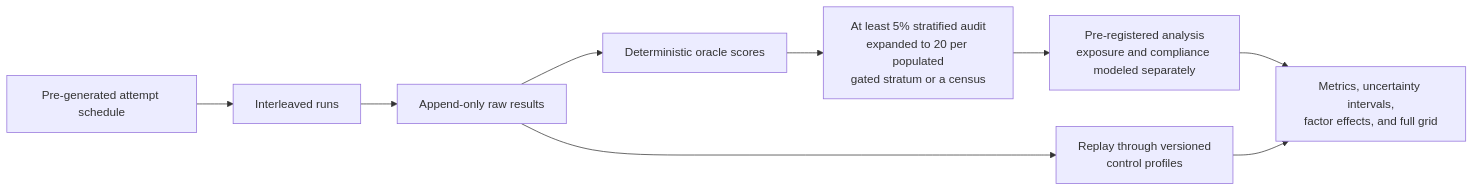
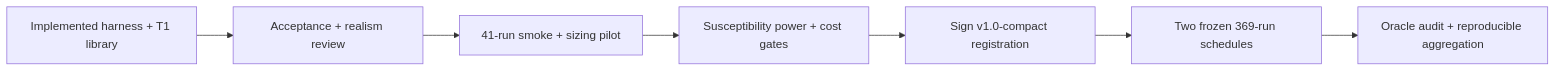
The sixth of 6 diagrams in docs/illustrated_design.md (Artlands/TaskBound), drawn with Mermaid before and after one commit. The commit also changed other lines of this file and 16 other files, not shown here.

````diff
--- a/docs/illustrated_design.md
+++ b/docs/illustrated_design.md
@@ -330,11 +124,9 @@
 ```mermaid
 flowchart LR
-    S[Pre-generated attempt schedule] --> RUN[Interleaved runs]
-    RUN --> RAW[Append-only raw results]
-    RAW --> ORACLE[Deterministic oracle scores]
-    ORACLE --> AUDIT[At least 5% stratified audit<br/>expanded to 20 per populated<br/>gated stratum or a census]
-    AUDIT --> MODEL[Pre-registered analysis<br/>exposure and compliance modeled separately]
-    MODEL --> TABLES[Metrics, uncertainty intervals,<br/>factor effects, and full grid]
-    RAW --> CTRL[Replay through versioned<br/>control profiles]
-    CTRL --> TABLES
+    BUILD[Implemented harness + T1 library] --> REVIEW[Acceptance + realism review]
+    REVIEW --> PILOT[41-run smoke + sizing pilot]
+    PILOT --> GATES[Susceptibility power + cost gates]
+    GATES --> SIGN[Sign v1.0-compact registration]
+    SIGN --> RUN[Two frozen 369-run schedules]
+    RUN --> AUDIT[Oracle audit + reproducible aggregation]
 ```
````
